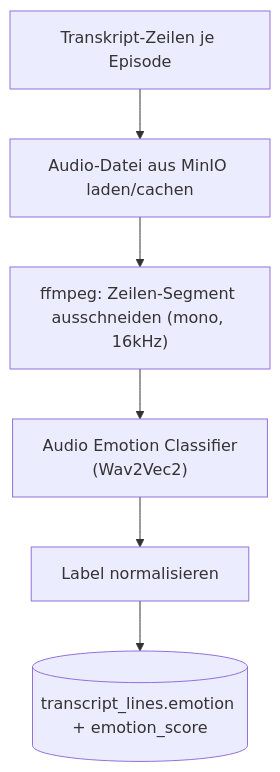
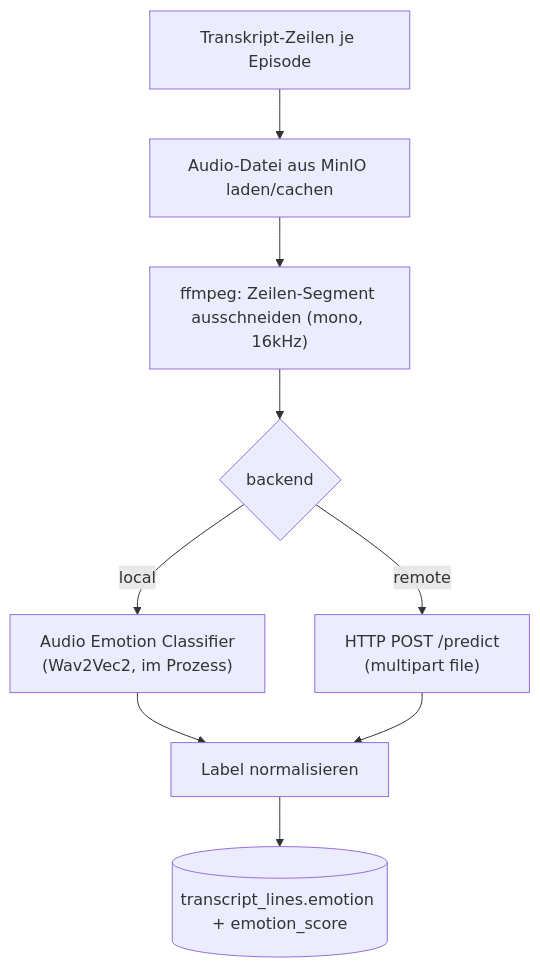
The sixth of 6 diagrams in docs/silver_enriched/04_modules.md (Tilmanzzz/media-lens), drawn with Mermaid before and after one commit. The commit also changed other lines of this file and 18 other files, not shown here.

````diff
--- a/docs/silver_enriched/04_modules.md
+++ b/docs/silver_enriched/04_modules.md
@@ -318,8 +319,11 @@
 ```mermaid
 flowchart TD
     A[Transkript-Zeilen je Episode] --> B[Audio-Datei aus MinIO laden/cachen]
     B --> C["ffmpeg: Zeilen-Segment ausschneiden (mono, 16kHz)"]
-    C --> D["Audio Emotion Classifier<br/>(Wav2Vec2)"]
-    D --> E[Label normalisieren]
+    C --> D{backend}
+    D -->|local| D1["Audio Emotion Classifier<br/>(Wav2Vec2, im Prozess)"]
+    D -->|remote| D2["HTTP POST /predict<br/>(multipart file)"]
+    D1 --> E[Label normalisieren]
+    D2 --> E
     E --> F[(transcript_lines.emotion + emotion_score)]
 ```
````
